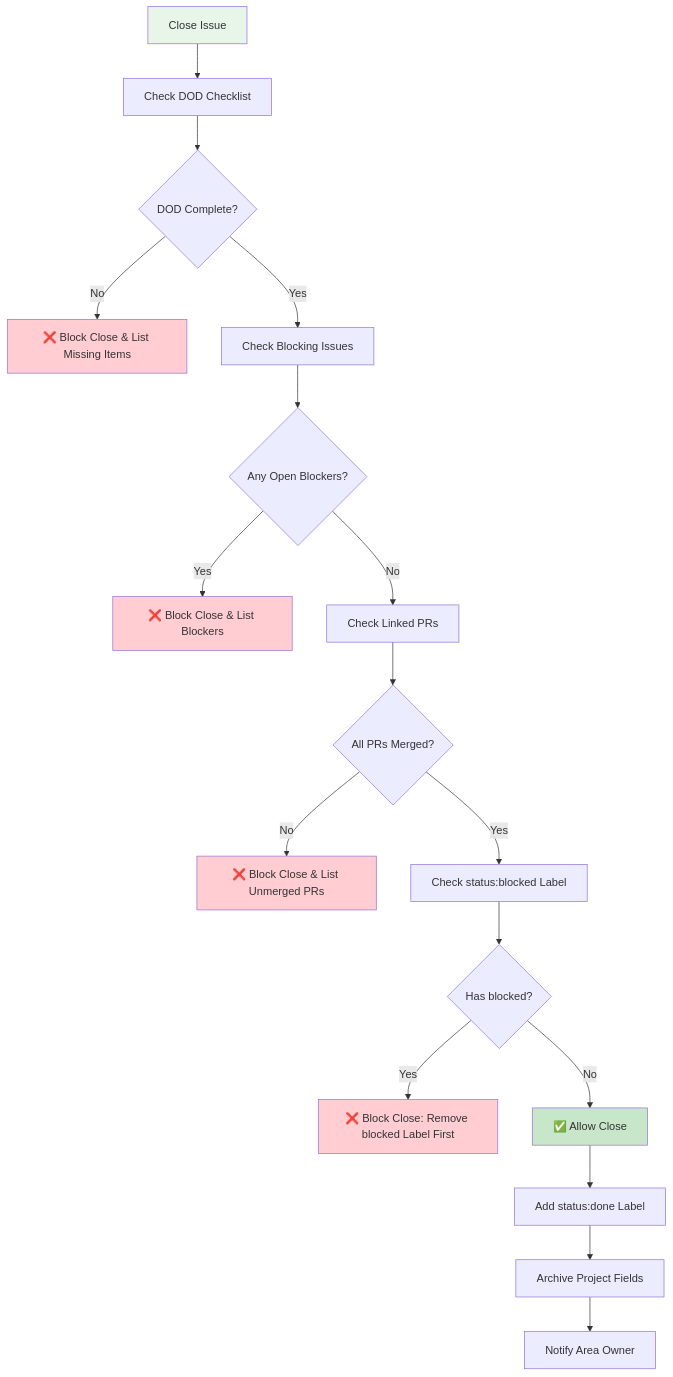
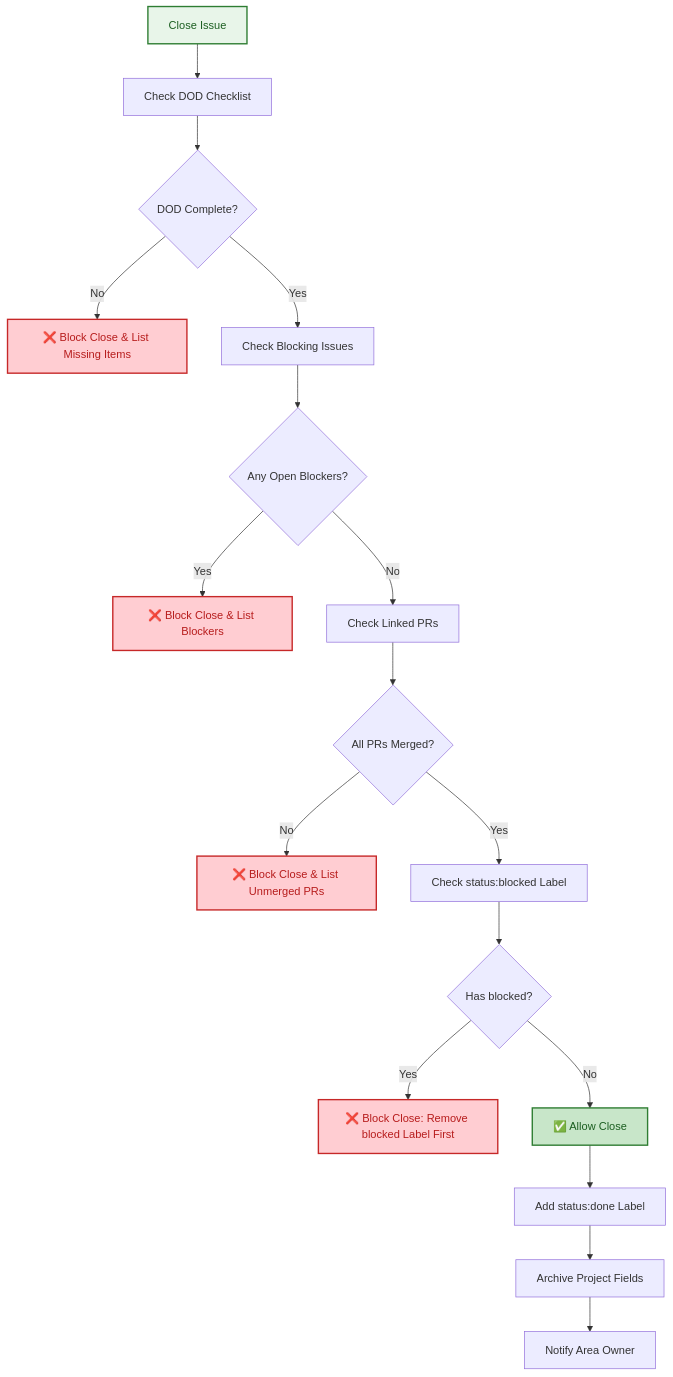
Before and after one commit to lightspeedwp/.github: the third of 3 diagrams in .github/projects/active/automation-consolidation-agentic-workflows-2026-09/ISSUE_MANAGEMENT_AGENT_SPEC.md, drawn with Mermaid. The commit also changed other lines of this file and 4 other files, not shown here.

First line of the commit message:
Fix quick wins: reconcile effort estimates, add Mermaid accessibility, improve contrast

````diff
--- a/.github/projects/active/automation-consolidation-agentic-workflows-2026-09/ISSUE_MANAGEMENT_AGENT_SPEC.md
+++ b/.github/projects/active/automation-consolidation-agentic-workflows-2026-09/ISSUE_MANAGEMENT_AGENT_SPEC.md
@@ -178,31 +182,33 @@
 ```mermaid
 graph TD
+    accTitle: Issue closed validation decision tree
+    accDescr: Flowchart for validating issues can be closed, checking DOD completeness, blocking issues, linked PRs, and status labels
     A["Close Issue"] --> B["Check DOD Checklist"]
     B --> C{DOD Complete?}
     
     C -->|No| D["❌ Block Close & List Missing Items"]
     C -->|Yes| E["Check Blocking Issues"]
     
     E --> F{Any Open Blockers?}
     F -->|Yes| G["❌ Block Close & List Blockers"]
     F -->|No| H["Check Linked PRs"]
     
     H --> I{All PRs Merged?}
     I -->|No| J["❌ Block Close & List Unmerged PRs"]
     I -->|Yes| K["Check status:blocked Label"]
     
     K --> L{Has blocked?}
     L -->|Yes| M["❌ Block Close: Remove blocked Label First"]
     L -->|No| N["✅ Allow Close"]
     
     N --> O["Add status:done Label"]
     O --> P["Archive Project Fields"]
     P --> Q["Notify Area Owner"]
     
-    style A fill:#E8F5E9
-    style N fill:#C8E6C9
-    style D fill:#FFCDD2
-    style G fill:#FFCDD2
-    style J fill:#FFCDD2
-    style M fill:#FFCDD2
+    style A fill:#E8F5E9,stroke:#2E7D32,stroke-width:2px,color:#1B5E20
+    style N fill:#C8E6C9,stroke:#2E7D32,stroke-width:2px,color:#1B5E20
+    style D fill:#FFCDD2,stroke:#C62828,stroke-width:2px,color:#B71C1C
+    style G fill:#FFCDD2,stroke:#C62828,stroke-width:2px,color:#B71C1C
+    style J fill:#FFCDD2,stroke:#C62828,stroke-width:2px,color:#B71C1C
+    style M fill:#FFCDD2,stroke:#C62828,stroke-width:2px,color:#B71C1C
 ```
````
